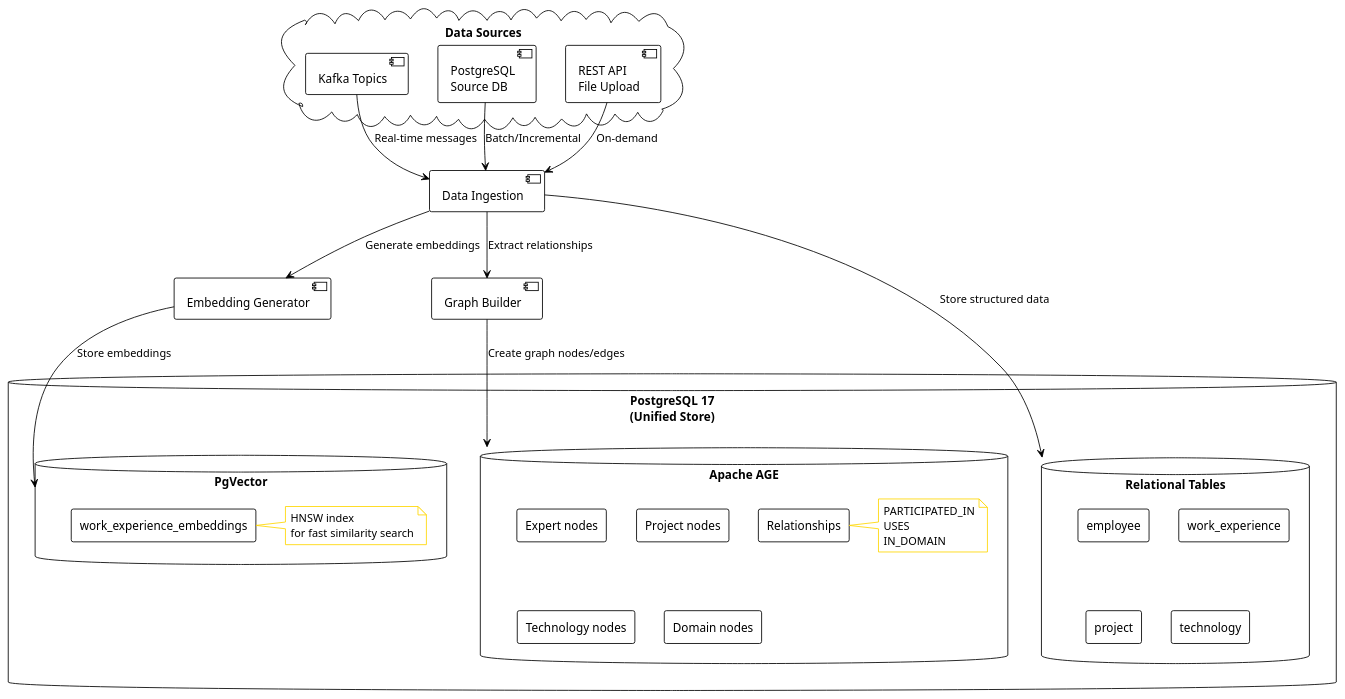
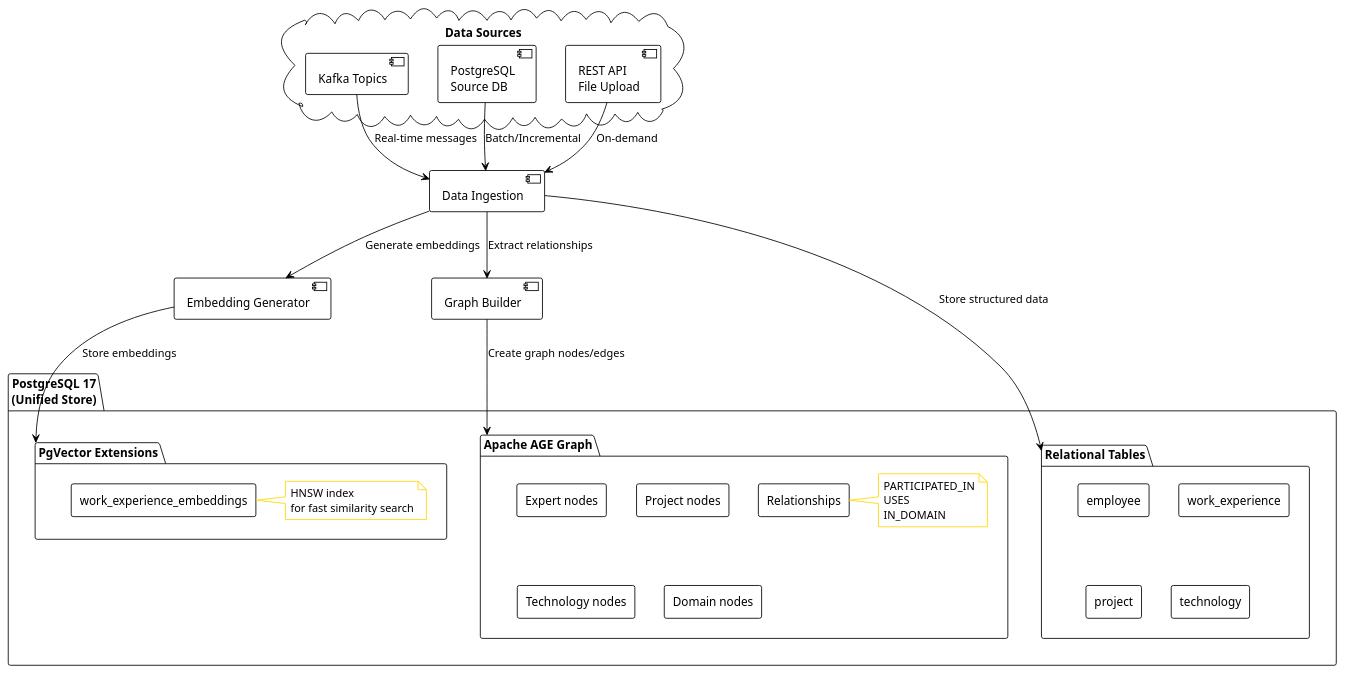
One commit to berdachuk/expert-match-ce changed diagram 14 of 14 in docs/ExpertMatch-Expert-Search-Flow.md. Above: the diagram before and after it, drawn with PlantUML. The commit also changed other lines of this file and 11 other files, not shown here.

````diff
--- a/docs/ExpertMatch-Expert-Search-Flow.md
+++ b/docs/ExpertMatch-Expert-Search-Flow.md
@@ -1065,56 +1097,56 @@
 ```plantuml
 @startuml Data_Sources_Storage
 !theme plain
 skinparam backgroundColor #FFFFFF
 skinparam note {
   BackgroundColor #FFFFFF
   BorderColor #FFD700
 }
 
 
 cloud "Data Sources" {
     component "Kafka Topics" as Kafka
     component "PostgreSQL\nSource DB" as SourceDB
     component "REST API\nFile Upload" as API
 }
 
 component "Data Ingestion" as Ingestion
 component "Embedding Generator" as Embedding
 component "Graph Builder" as GraphBuilder
 
-database "PostgreSQL 17\n(Unified Store)" {
-    database "Relational Tables" as Relational {
+package "PostgreSQL 17\n(Unified Store)" as PostgreSQL {
+    package "Relational Tables" as Relational {
         rectangle "employee" as Emp
         rectangle "work_experience" as WorkExp
         rectangle "project" as Project
         rectangle "technology" as Tech
     }
     
-    database "PgVector" as Vector {
+    package "PgVector Extensions" as Vector {
         rectangle "work_experience_embeddings" as Embeddings
         note right: HNSW index\nfor fast similarity search
     }
     
-    database "Apache AGE" as AGE {
+    package "Apache AGE Graph" as AGE {
         rectangle "Expert nodes" as ExpertNodes
         rectangle "Project nodes" as ProjectNodes
         rectangle "Technology nodes" as TechNodes
         rectangle "Domain nodes" as DomainNodes
         rectangle "Relationships" as Relations
         note right: PARTICIPATED_IN\nUSES\nIN_DOMAIN
     }
 }
 
 Kafka --> Ingestion: Real-time messages
 SourceDB --> Ingestion: Batch/Incremental
 API --> Ingestion: On-demand
 
 Ingestion --> Embedding: Generate embeddings
 Ingestion --> GraphBuilder: Extract relationships
 
 Embedding --> Vector: Store embeddings
 GraphBuilder --> AGE: Create graph nodes/edges
 Ingestion --> Relational: Store structured data
 
 @enduml
 ```
````
